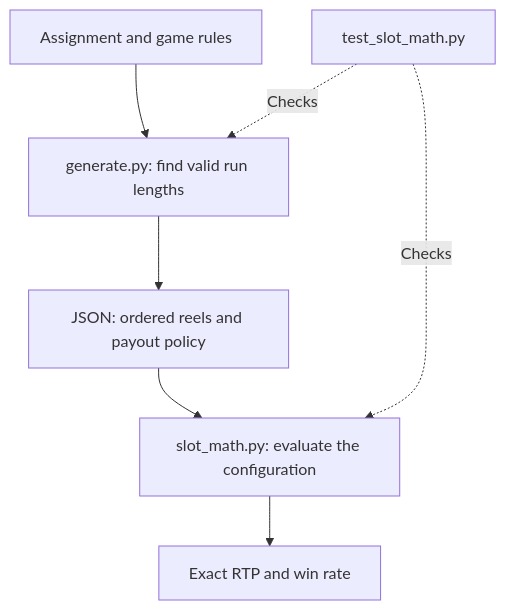
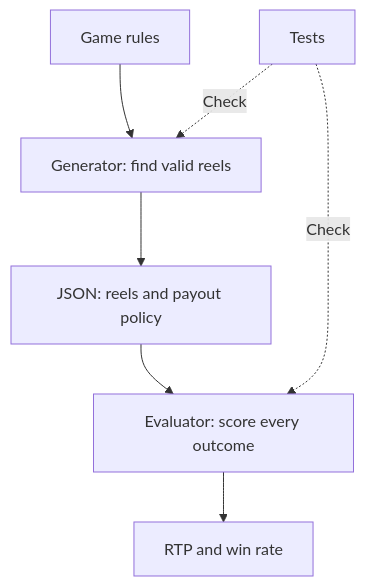
Before and after one commit to Laihu08/opennet-homework: the first of 3 diagrams in README.md, drawn with Mermaid. The commit also changed other lines of this file and 19 other files, not shown here.

````diff
--- a/README.md
+++ b/README.md
@@ -27,9 +29,9 @@
 ```mermaid
 flowchart TD
-    A[Assignment and game rules] --> B[generate.py: find valid run lengths]
-    B --> C[JSON: ordered reels and payout policy]
-    C --> D[slot_math.py: evaluate the configuration]
-    D --> E[Exact RTP and win rate]
-    T[test_slot_math.py] -. Checks .-> B
-    T -. Checks .-> D
+    A[Game rules] --> B[Generator: find valid reels]
+    B --> C[JSON: reels and payout policy]
+    C --> D[Evaluator: score every outcome]
+    D --> E[RTP and win rate]
+    T[Tests] -. Check .-> B
+    T -. Check .-> D
 ```
````
